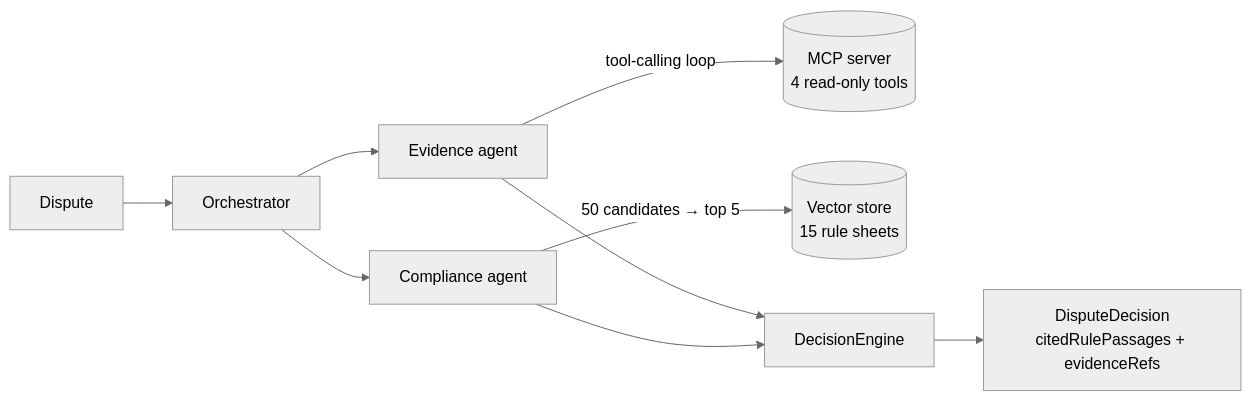
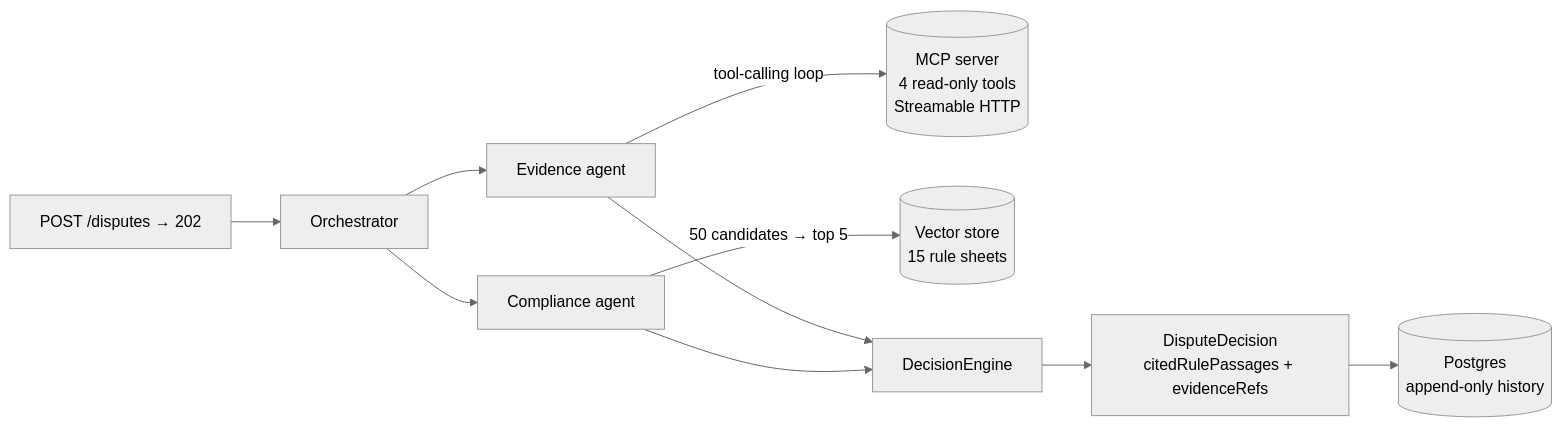
The diagram in README.md (aubinhaba/dispute-resolution-agent), drawn with Mermaid (neutral theme) before and after one commit. The commit also changed other lines of this file and 94 other files, not shown here.

Commit message:
feat: a deployable service — async REST, append-only Postgres, provenance on the wire

````diff
--- a/README.md
+++ b/README.md
@@ -40,11 +41,12 @@
 ```mermaid
 flowchart LR
-    D[Dispute] --> O[Orchestrator]
+    H["POST /disputes → 202"] --> O[Orchestrator]
     O --> E[Evidence agent]
     O --> C[Compliance agent]
-    E -->|tool-calling loop| M[("MCP server<br/>4 read-only tools")]
+    E -->|tool-calling loop| M[("MCP server<br/>4 read-only tools<br/>Streamable HTTP")]
     C -->|"50 candidates → top 5"| V[("Vector store<br/>15 rule sheets")]
     E --> DE[DecisionEngine]
     C --> DE
     DE --> R["DisputeDecision<br/>citedRulePassages + evidenceRefs"]
+    R --> P[("Postgres<br/>append-only history")]
 ```
````
